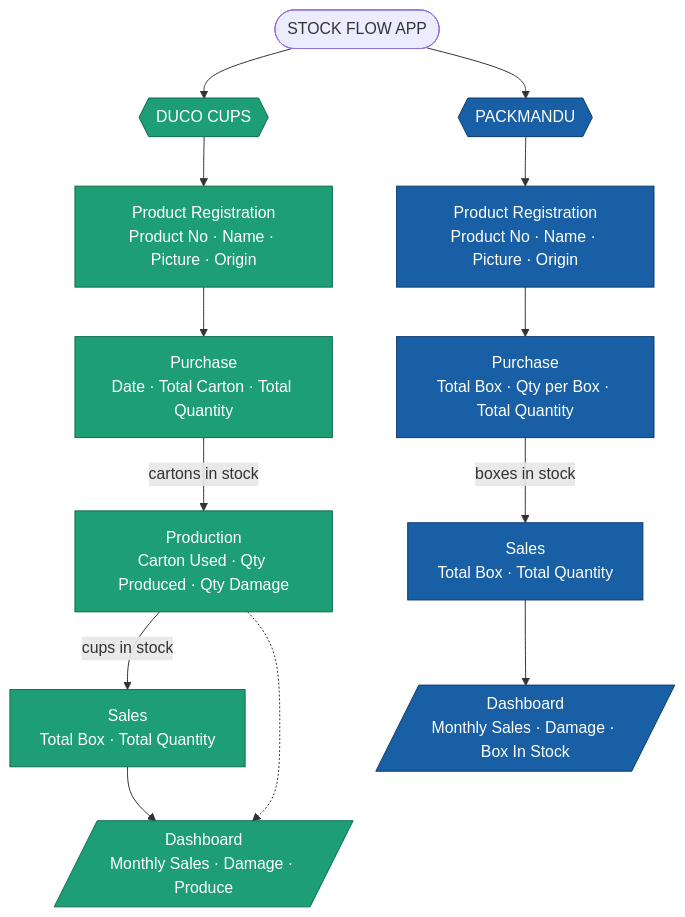
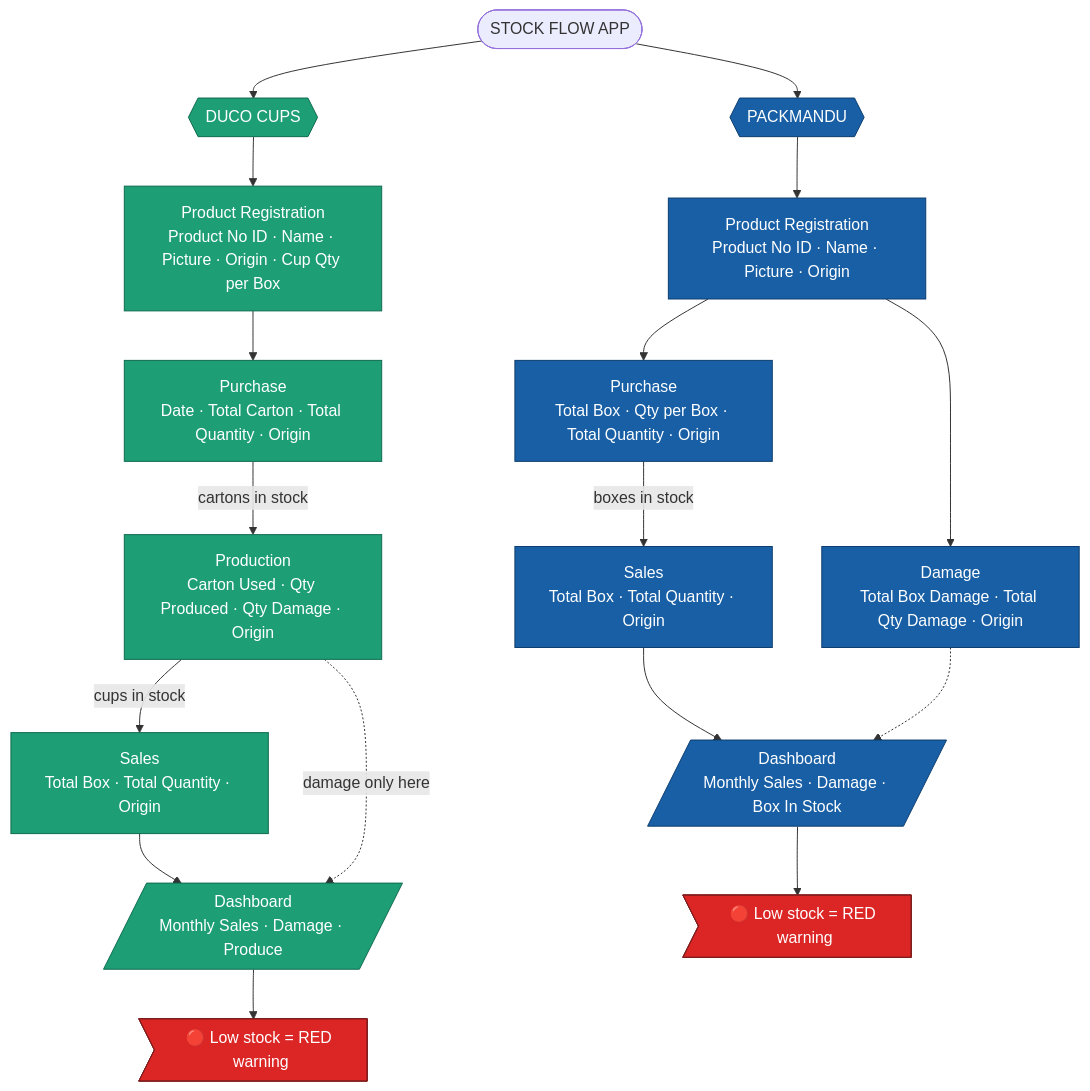
One commit to Skyz03/Duco-Stock-Flow changed the diagram in DATA-MODEL-CONFIRMATION.md. Above: the diagram before and after it, drawn with Mermaid. The commit also changed other lines of this file, not shown here.

````diff
--- a/DATA-MODEL-CONFIRMATION.md
+++ b/DATA-MODEL-CONFIRMATION.md
@@ -69,28 +86,34 @@
 ```mermaid
 flowchart TD
     APP([STOCK FLOW APP])
 
     %% ---------- DUCO ----------
     APP --> DUCO{{DUCO CUPS}}
 
-    DUCO --> D_REG[Product Registration<br/>Product No · Name · Picture · Origin]
-    D_REG --> D_PUR[Purchase<br/>Date · Total Carton · Total Quantity]
-    D_PUR -->|cartons in stock| D_PROD[Production<br/>Carton Used · Qty Produced · Qty Damage]
-    D_PROD -->|cups in stock| D_SALE[Sales<br/>Total Box · Total Quantity]
+    DUCO --> D_REG[Product Registration<br/>Product No ID · Name · Picture · Origin · Cup Qty per Box]
+    D_REG --> D_PUR[Purchase<br/>Date · Total Carton · Total Quantity · Origin]
+    D_PUR -->|cartons in stock| D_PROD[Production<br/>Carton Used · Qty Produced · Qty Damage · Origin]
+    D_PROD -->|cups in stock| D_SALE[Sales<br/>Total Box · Total Quantity · Origin]
     D_SALE --> D_DASH[/Dashboard<br/>Monthly Sales · Damage · Produce/]
-    D_PROD -.-> D_DASH
+    D_PROD -.->|damage only here| D_DASH
+    D_DASH --> D_LOW>🔴 Low stock = RED warning]
 
     %% ---------- PACKMANDU ----------
     APP --> PACK{{PACKMANDU}}
 
-    PACK --> P_REG[Product Registration<br/>Product No · Name · Picture · Origin]
-    P_REG --> P_PUR[Purchase<br/>Total Box · Qty per Box · Total Quantity]
-    P_PUR -->|boxes in stock| P_SALE[Sales<br/>Total Box · Total Quantity]
+    PACK --> P_REG[Product Registration<br/>Product No ID · Name · Picture · Origin]
+    P_REG --> P_PUR[Purchase<br/>Total Box · Qty per Box · Total Quantity · Origin]
+    P_PUR -->|boxes in stock| P_SALE[Sales<br/>Total Box · Total Quantity · Origin]
     P_SALE --> P_DASH[/Dashboard<br/>Monthly Sales · Damage · Box In Stock/]
+    P_REG --> P_DMG[Damage<br/>Total Box Damage · Total Qty Damage · Origin]
+    P_DMG -.-> P_DASH
+    P_DASH --> P_LOW>🔴 Low stock = RED warning]
 
     %% ---------- styling ----------
     classDef duco fill:#1D9E75,stroke:#0f6b4f,color:#fff;
     classDef pack fill:#185FA5,stroke:#0d3d6e,color:#fff;
+    classDef low fill:#DC2626,stroke:#7f1d1d,color:#fff;
     class DUCO,D_REG,D_PUR,D_PROD,D_SALE,D_DASH duco;
-    class PACK,P_REG,P_PUR,P_SALE,P_DASH pack;
+    class PACK,P_REG,P_PUR,P_SALE,P_DMG,P_DASH pack;
+    class D_LOW,P_LOW low;
 ```
````
